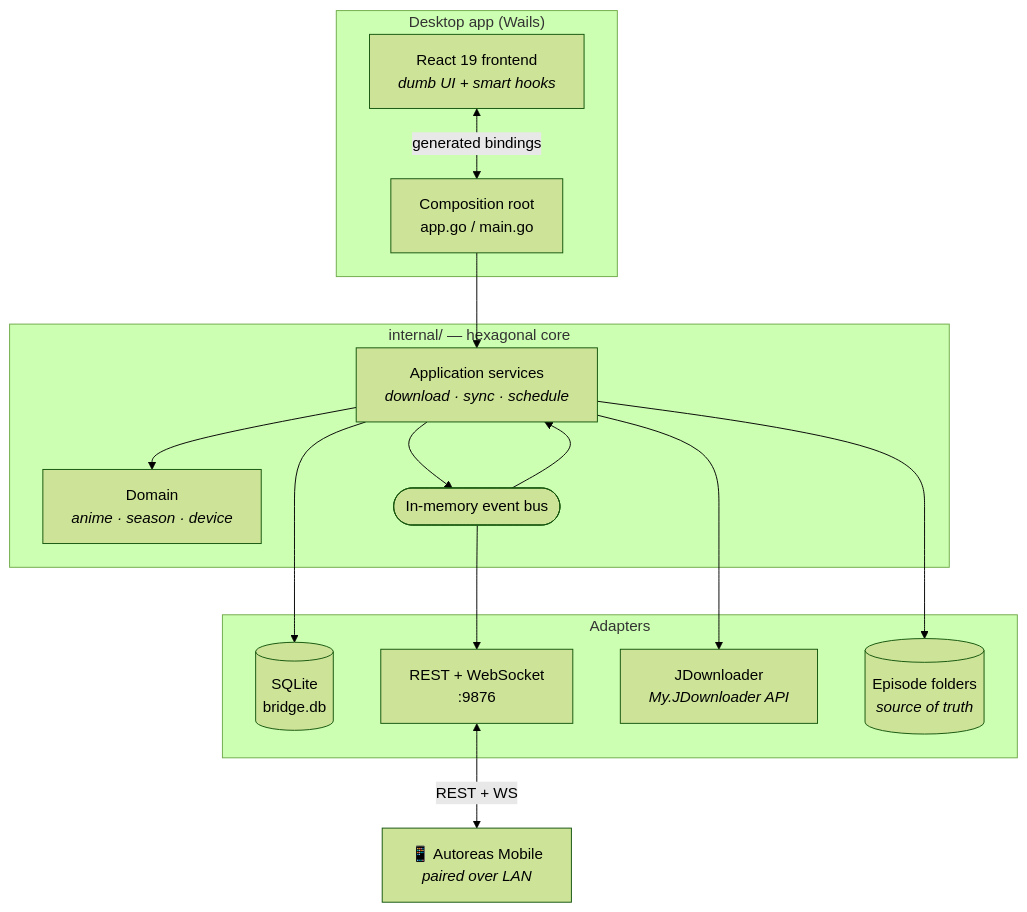
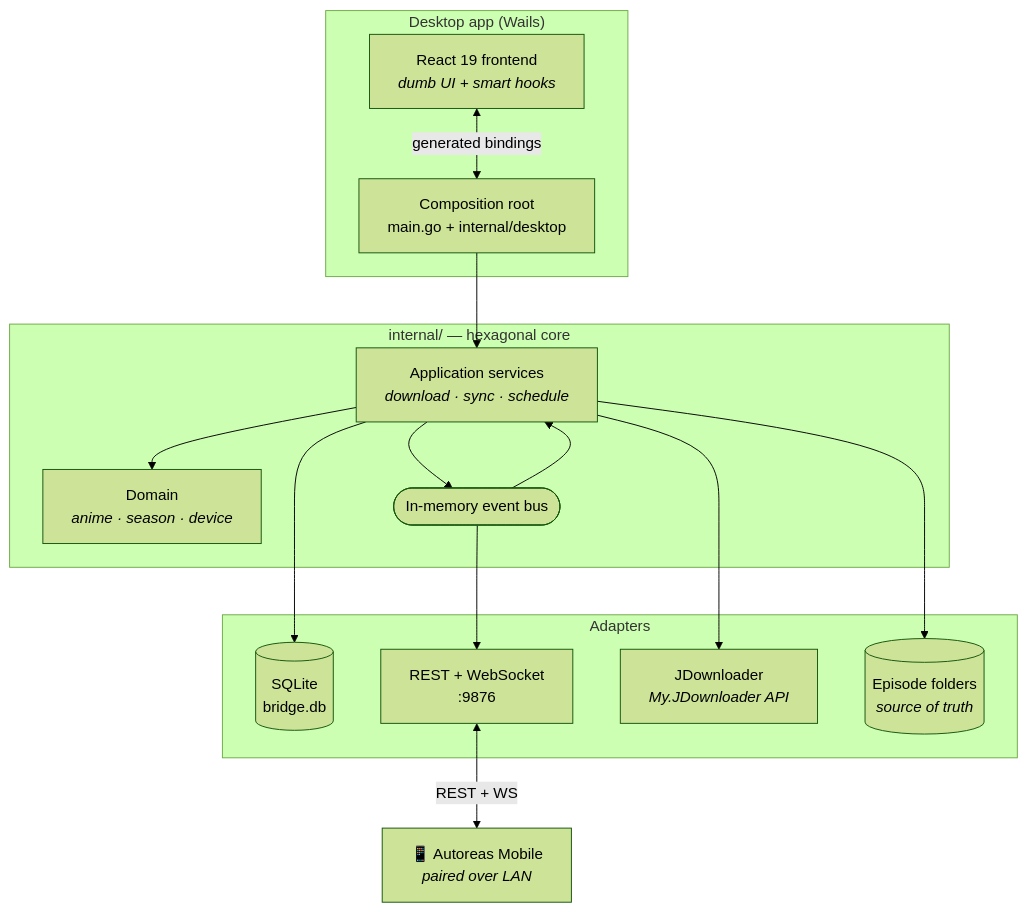
Before and after one commit to Disble/autoreas-bridge: the diagram in README.md, drawn with Mermaid (forest theme). The commit also changed other lines of this file and 251 other files, not shown here.

````diff
--- a/README.md
+++ b/README.md
@@ -405,33 +405,33 @@
 ```mermaid
 flowchart TB
     subgraph desktop["Desktop app (Wails)"]
         ui["React 19 frontend<br/><i>dumb UI + smart hooks</i>"]
-        root["Composition root<br/>app.go / main.go"]
+        root["Composition root<br/>main.go + internal/desktop"]
         ui <-->|"generated bindings"| root
     end
 
     subgraph core["internal/ — hexagonal core"]
         domain["Domain<br/><i>anime · season · device</i>"]
         services["Application services<br/><i>download · sync · schedule</i>"]
         bus(["In-memory event bus"])
         services --> domain
         services --> bus
         bus --> services
     end
 
     subgraph adapters["Adapters"]
         db[("SQLite<br/>bridge.db")]
         http["REST + WebSocket<br/>:9876"]
         jd["JDownloader<br/><i>My.JDownloader API</i>"]
         fs[("Episode folders<br/><i>source of truth</i>")]
     end
 
     phone["📱 Autoreas Mobile<br/><i>paired over LAN</i>"]
 
     root --> services
     services --> db
     services --> jd
     services --> fs
     bus --> http
     http <-->|"REST + WS"| phone
 ```
````
